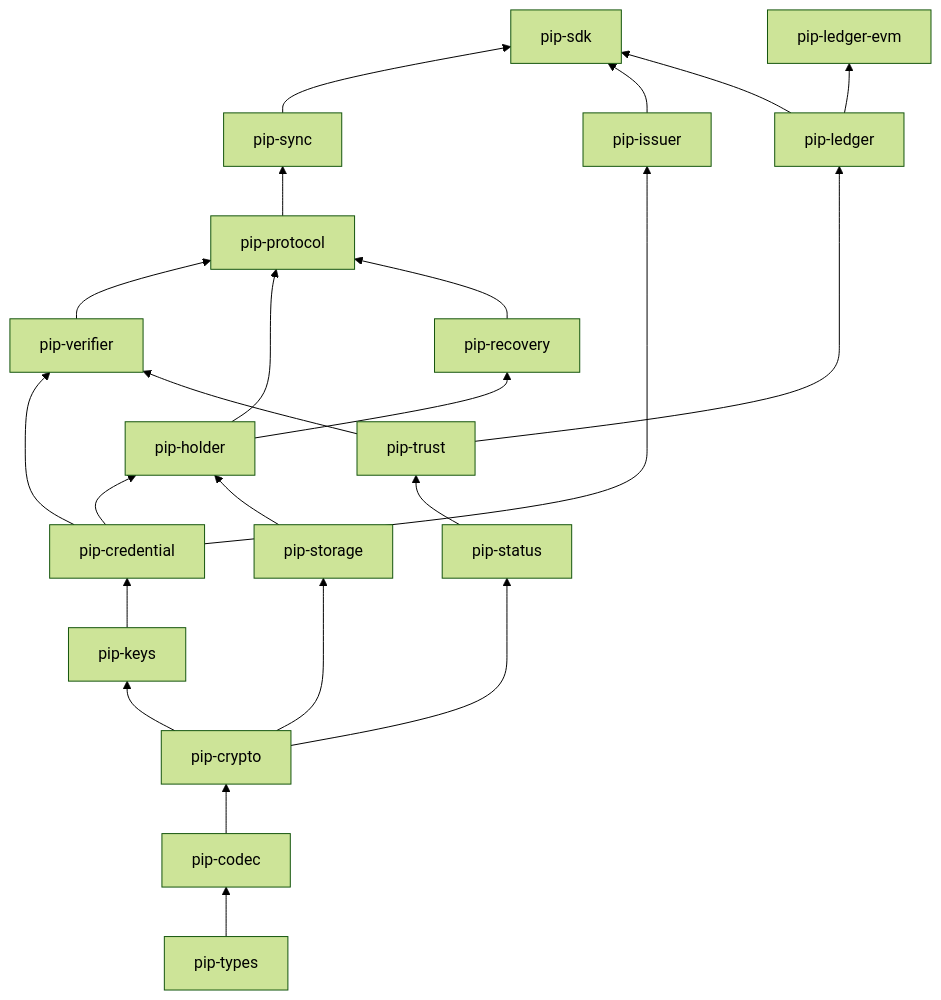
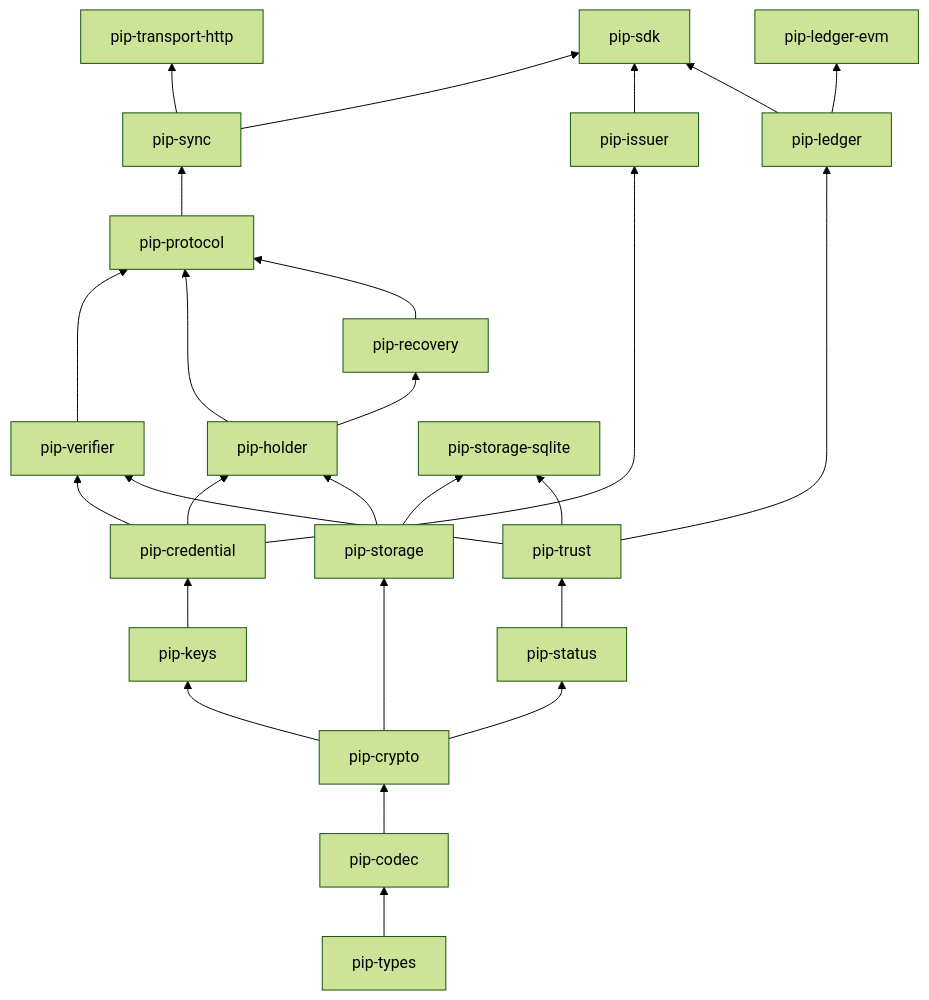
One commit to angelnereira/gravital-id changed the diagram in docs/PROJECT_STRUCTURE.md. Above: the diagram before and after it, drawn with Mermaid (forest theme). The commit also changed other lines of this file and 19 other files, not shown here.

First line of the commit message:
docs: architecture review v0.2 with proposed ADR-0016..0020

````diff
--- a/docs/PROJECT_STRUCTURE.md
+++ b/docs/PROJECT_STRUCTURE.md
@@ -182,25 +190,28 @@
 ```mermaid
 flowchart BT
     types[pip-types] --> codec[pip-codec]
     codec --> crypto[pip-crypto]
     crypto --> keys[pip-keys]
     keys --> credential[pip-credential]
     crypto --> status[pip-status]
     status --> trust[pip-trust]
     credential --> verifier[pip-verifier]
     trust --> verifier
     credential --> holder[pip-holder]
     credential --> issuer[pip-issuer]
     crypto --> storage[pip-storage]
     storage --> holder
     holder --> recovery[pip-recovery]
     verifier --> protocol[pip-protocol]
     holder --> protocol
     recovery --> protocol
     protocol --> sync[pip-sync]
     trust --> ledger[pip-ledger]
     ledger --> evm[pip-ledger-evm]
+    storage --> sqlite[pip-storage-sqlite]
+    trust --> sqlite
+    sync --> http[pip-transport-http]
     sync --> sdk[pip-sdk]
     issuer --> sdk
     ledger --> sdk
 ```
````
